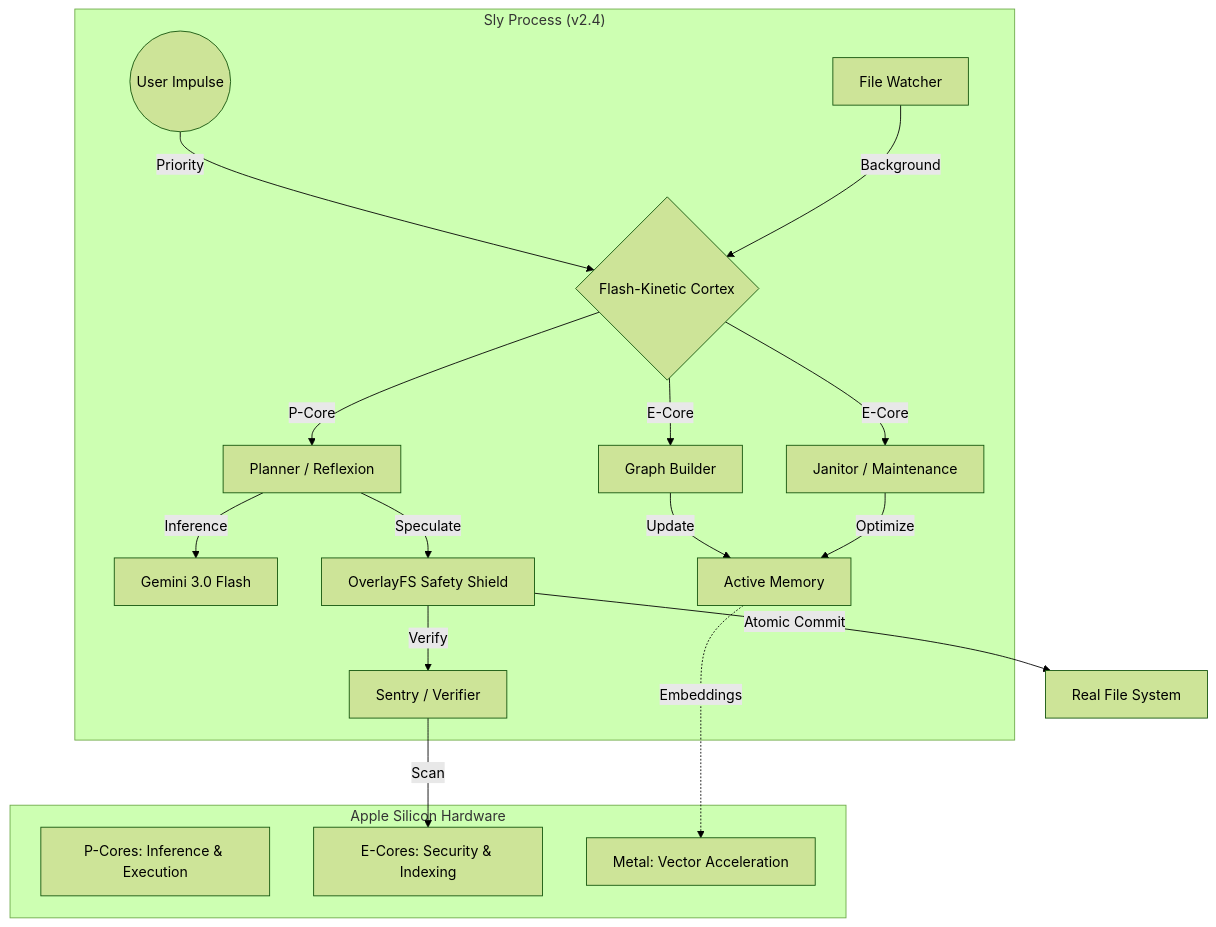
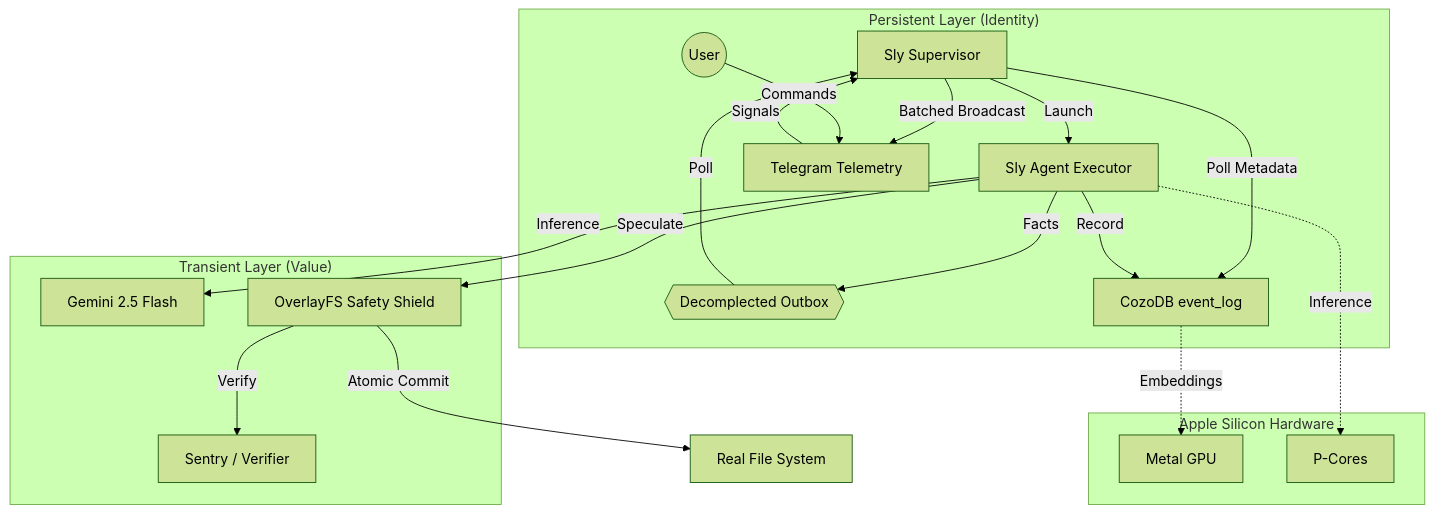
The diagram in ARCHITECTURE.md (criticalinsight/sly), drawn with Mermaid (forest theme) before and after one commit. The commit also changed other lines of this file and 21 other files, not shown here.

Commit message:
feat: v1.3.0 - Decomplected Telemetry, Semantic Batching, and Supervisor Optimizations

````diff
--- a/ARCHITECTURE.md
+++ b/ARCHITECTURE.md
@@ -14,32 +15,26 @@
 ```mermaid
 graph TD
-    subgraph "Apple Silicon Hardware"
-        P_Core[P-Cores: Inference & Execution]
-        E_Core[E-Cores: Security & Indexing]
-        Metal[Metal: Vector Acceleration]
+    subgraph "Persistent Layer (Identity)"
+        Sup[Sly Supervisor] -->|Launch| Exec[Sly Agent Executor]
+        Exec -->|Facts| Outbox{{Decomplected Outbox}}
+        Outbox -->|Poll| Sup
+        Sup -->|Poll Metadata| Cozo[CozoDB event_log]
+        Sup -->|Batched Broadcast| Tele[Telegram Telemetry]
+        User((User)) -->|Commands| Tele
+        Tele -->|Signals| Sup
     end
 
-    subgraph "Sly Process (v2.4)"
-        EventBus{Flash-Kinetic Cortex}
-        
-        %% Fast Path (Priority Channel)
-        User((User Impulse)) -->|Priority| EventBus
-        EventBus -->|P-Core| Planner[Planner / Reflexion]
-        Planner -->|Inference| Gemini[Gemini 3.0 Flash]
-        Planner -->|Speculate| Overlay[OverlayFS Safety Shield]
+    subgraph "Transient Layer (Value)"
+        Exec -->|Inference| Gemini[Gemini 2.5 Flash]
+        Exec -->|Speculate| Overlay[OverlayFS Safety Shield]
         Overlay -->|Verify| Sentry[Sentry / Verifier]
-        
-        %% Slow Path (Background Channel)
-        Sentry -->|Scan| E_Core
-        FileWatcher[File Watcher] -->|Background| EventBus
-        EventBus -->|E-Core| GraphBuilder[Graph Builder]
-        GraphBuilder -->|Update| Cozo[Active Memory]
-        EventBus -->|E-Core| Janitor[Janitor / Maintenance]
-        Janitor -->|Optimize| Cozo
-        
-        %% Hardware Mapping
-        Cozo -.->|Embeddings| Metal
+        Exec -->|Record| Cozo
+    end
+
+    subgraph "Apple Silicon Hardware"
+        Cozo -.->|Embeddings| Metal[Metal GPU]
+        Exec -.->|Inference| PCore[P-Cores]
     end
     
     Overlay -->|Atomic Commit| FS[Real File System]
 ```
````
